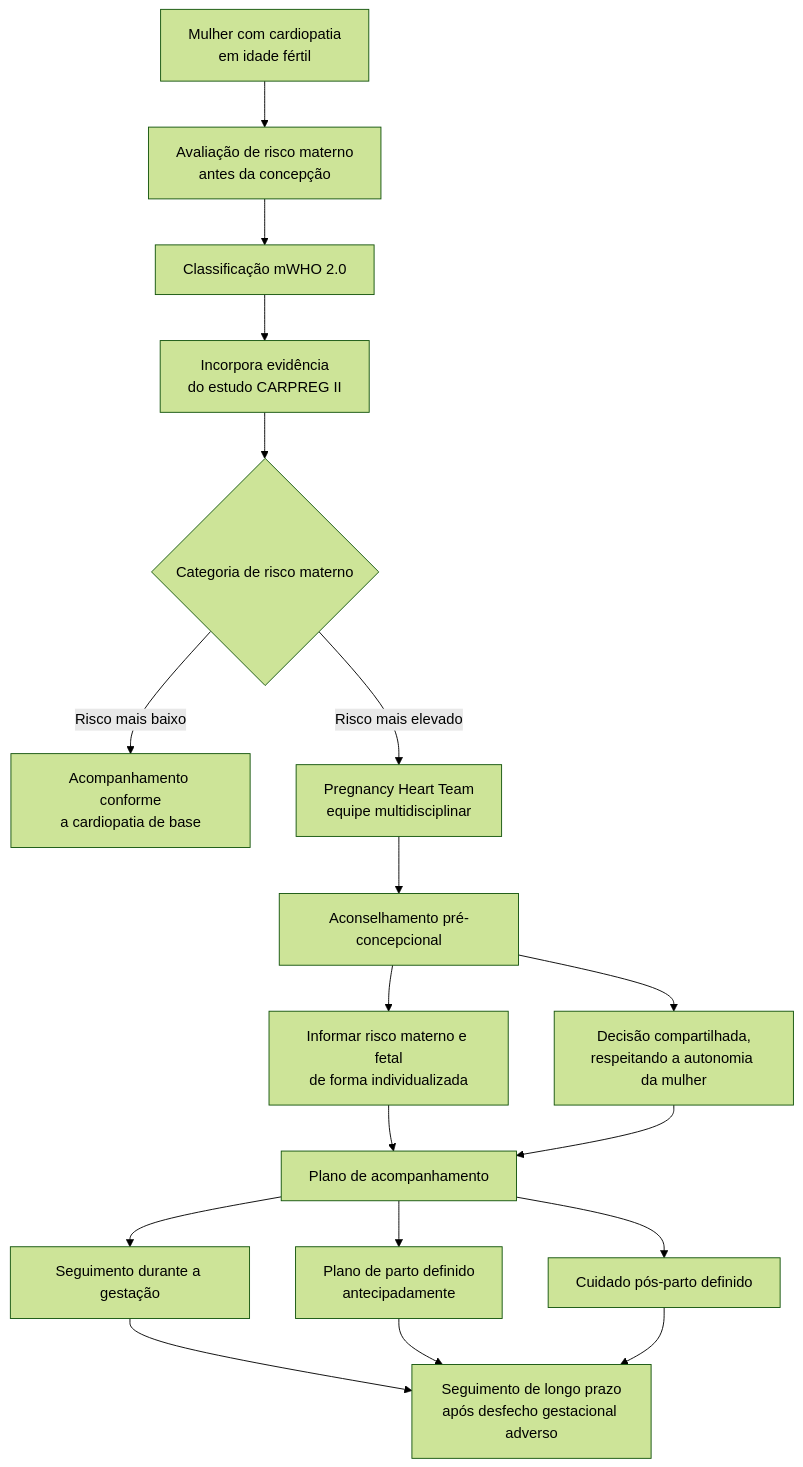
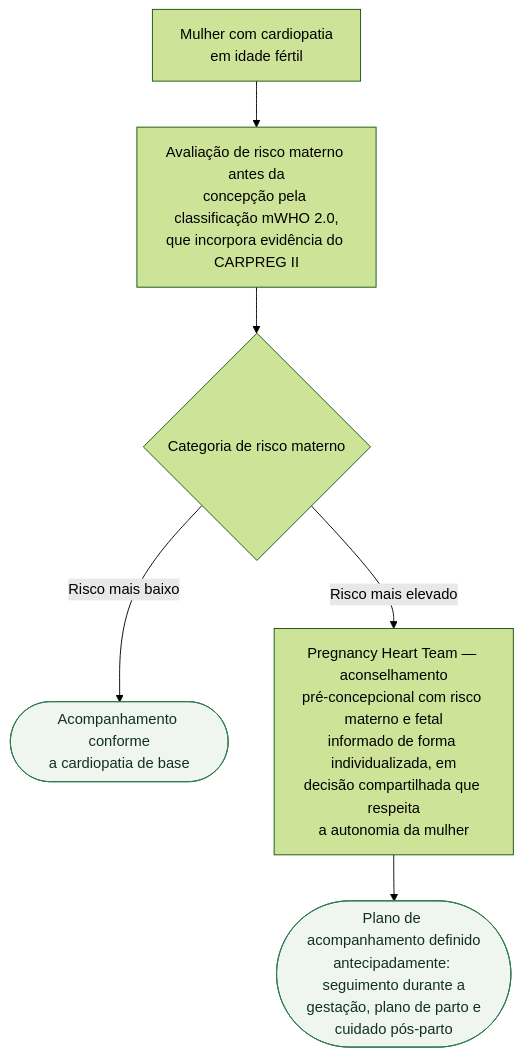
One commit to rafaelpaesmeirelles/MeuCardio changed the diagram in content/Gravidez/fluxograma-doenca-cardiovascular-e-gravidez-esc-2025.md. Above: the diagram before and after it, drawn with Mermaid (forest theme). The commit also changed other lines of this file and 18 other files, not shown here.

````diff
--- a/content/Gravidez/fluxograma-doenca-cardiovascular-e-gravidez-esc-2025.md
+++ b/content/Gravidez/fluxograma-doenca-cardiovascular-e-gravidez-esc-2025.md
@@ -21,27 +21,15 @@
 ```mermaid
 flowchart TD
-  A["Mulher com cardiopatia<br/>em idade fértil"] --> B["Avaliação de risco materno<br/>antes da concepção"]
+  R0["Mulher com cardiopatia<br/>em idade fértil"] --> P1["Avaliação de risco materno antes da<br/>concepção pela classificação mWHO 2.0,<br/>que incorpora evidência do CARPREG II"]
 
-  B --> C["Classificação mWHO 2.0"]
-  C --> C1["Incorpora evidência<br/>do estudo CARPREG II"]
+  P1 --> D1{"Categoria de risco materno"}
 
-  C1 --> D{"Categoria de risco materno"}
+  D1 -->|"Risco mais baixo"| C1(["Acompanhamento conforme<br/>a cardiopatia de base"])
 
-  D -->|"Risco mais baixo"| E["Acompanhamento conforme<br/>a cardiopatia de base"]
-  D -->|"Risco mais elevado"| F["Pregnancy Heart Team<br/>equipe multidisciplinar"]
+  D1 -->|"Risco mais elevado"| P2["Pregnancy Heart Team — aconselhamento<br/>pré-concepcional com risco materno e fetal<br/>informado de forma individualizada, em<br/>decisão compartilhada que respeita<br/>a autonomia da mulher"]
 
-  F --> G["Aconselhamento pré-concepcional"]
-  G --> G1["Informar risco materno e fetal<br/>de forma individualizada"]
-  G --> G2["Decisão compartilhada,<br/>respeitando a autonomia da mulher"]
+  P2 --> C2(["Plano de acompanhamento definido<br/>antecipadamente: seguimento durante a<br/>gestação, plano de parto e<br/>cuidado pós-parto"])
 
-  G1 --> H["Plano de acompanhamento"]
-  G2 --> H
-
-  H --> H1["Seguimento durante a gestação"]
-  H --> H2["Plano de parto definido<br/>antecipadamente"]
-  H --> H3["Cuidado pós-parto definido"]
-
-  H1 --> I["Seguimento de longo prazo<br/>após desfecho gestacional adverso"]
-  H2 --> I
-  H3 --> I
+  classDef conduta fill:#eef6ef,stroke:#2f7a4f,color:#12301f;
+  class C1,C2 conduta;
 ```
````
